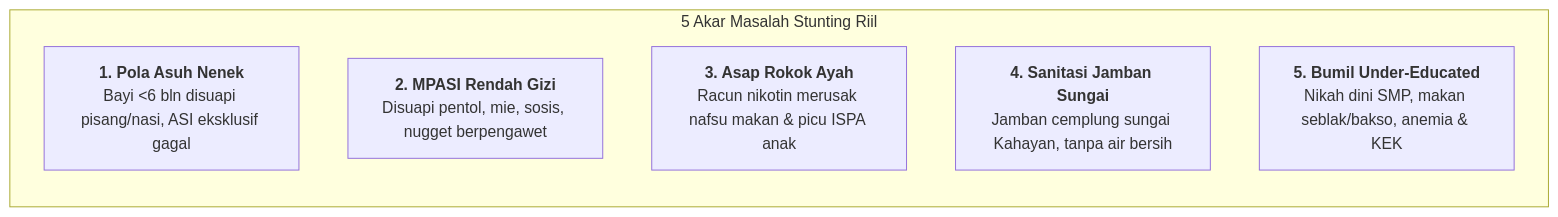
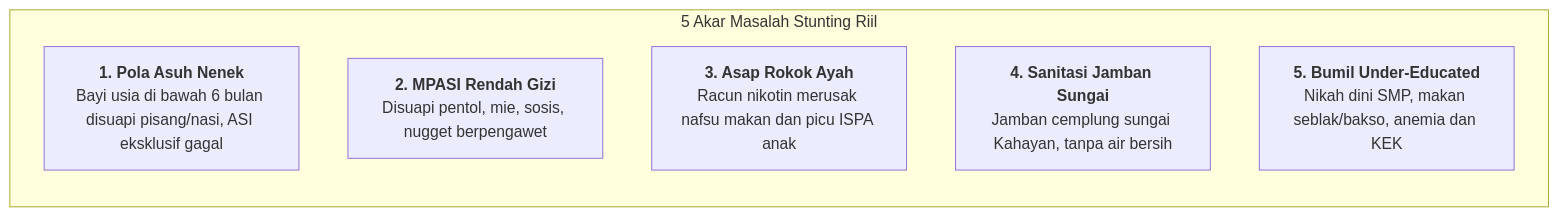
One commit to gerrardgs/Inkubasi-Startup-BTP changed the second of 4 diagrams in 06-expert-advisory-meeting/notulensi-wawancara-dr-dewi-dan-bpk-setyohadi/README.md. Above: the diagram before and after it, drawn with Mermaid. The commit also changed other lines of this file and 2 other files, not shown here.

Commit message:
fix(mermaid): perbaiki sintaks mermaid diagram agar render sempurna di GitHub

````diff
--- a/06-expert-advisory-meeting/notulensi-wawancara-dr-dewi-dan-bpk-setyohadi/README.md
+++ b/06-expert-advisory-meeting/notulensi-wawancara-dr-dewi-dan-bpk-setyohadi/README.md
@@ -142,10 +142,10 @@
 ```mermaid
 graph LR
-  subgraph Determinan_Stunting_Lapangan [5 Akar Masalah Stunting Riil]
-    D1[<b>1. Pola Asuh Nenek</b><br/>Bayi <6 bln disuapi pisang/nasi, ASI eksklusif gagal]
-    D2[<b>2. MPASI Rendah Gizi</b><br/>Disuapi pentol, mie, sosis, nugget berpengawet]
-    D3[<b>3. Asap Rokok Ayah</b><br/>Racun nikotin merusak nafsu makan & picu ISPA anak]
-    D4[<b>4. Sanitasi Jamban Sungai</b><br/>Jamban cemplung sungai Kahayan, tanpa air bersih]
-    D5[<b>5. Bumil Under-Educated</b><br/>Nikah dini SMP, makan seblak/bakso, anemia & KEK]
+  subgraph Determinan_Stunting_Lapangan ["5 Akar Masalah Stunting Riil"]
+    D1["<b>1. Pola Asuh Nenek</b><br/>Bayi usia di bawah 6 bulan disuapi pisang/nasi, ASI eksklusif gagal"]
+    D2["<b>2. MPASI Rendah Gizi</b><br/>Disuapi pentol, mie, sosis, nugget berpengawet"]
+    D3["<b>3. Asap Rokok Ayah</b><br/>Racun nikotin merusak nafsu makan dan picu ISPA anak"]
+    D4["<b>4. Sanitasi Jamban Sungai</b><br/>Jamban cemplung sungai Kahayan, tanpa air bersih"]
+    D5["<b>5. Bumil Under-Educated</b><br/>Nikah dini SMP, makan seblak/bakso, anemia dan KEK"]
   end
 ```
````
